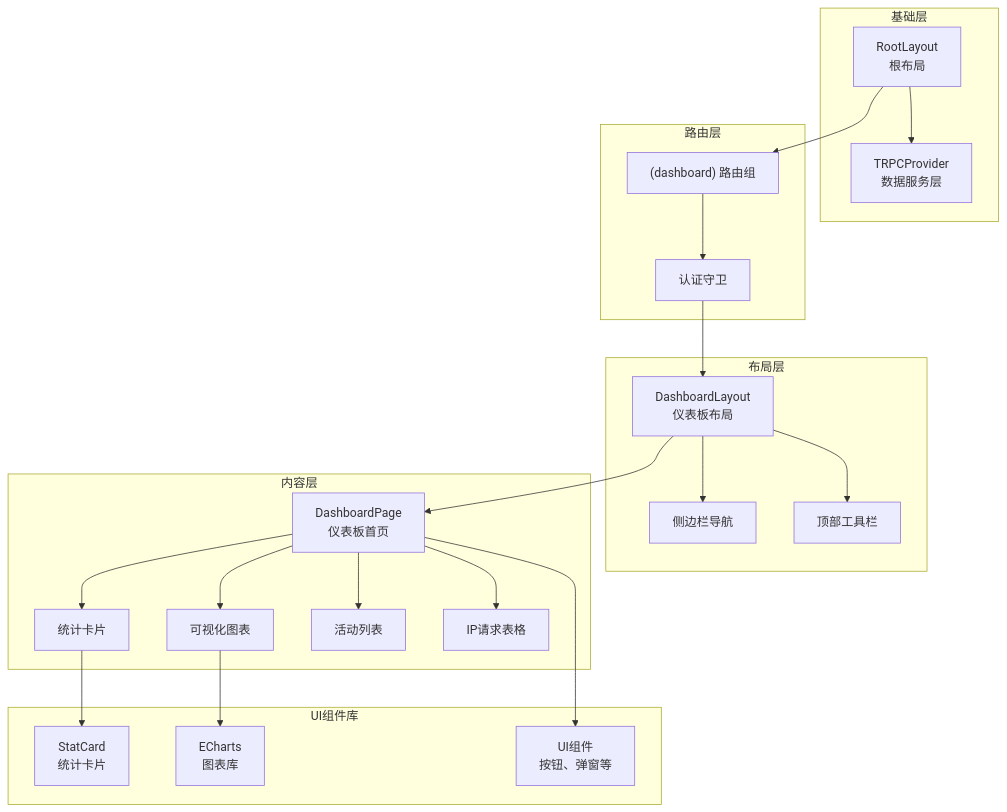
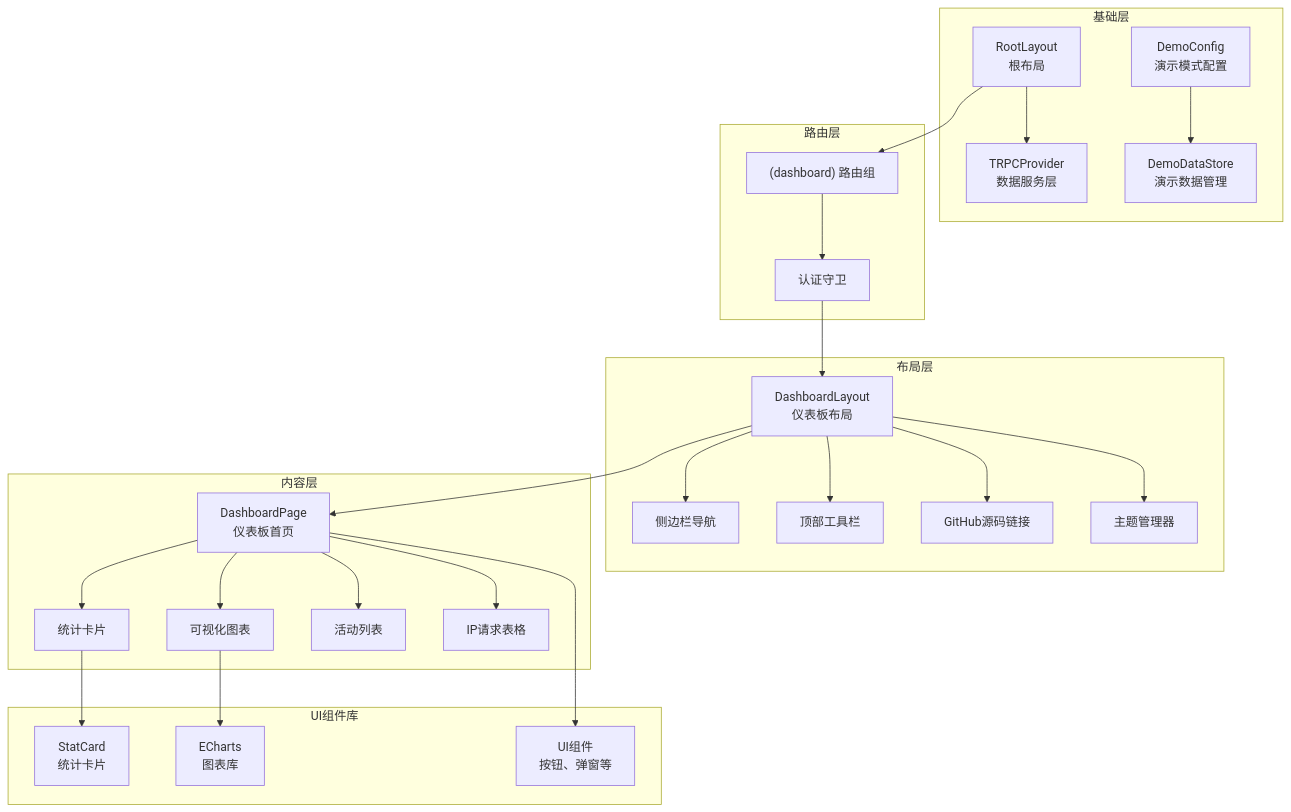
The second of 15 diagrams in .qoder/repowiki/zh/content/前端组件/仪表板布局.md (RadiumAg/AIGate), drawn with Mermaid before and after one commit. The commit also changed other lines of this file and 11 other files, not shown here.

````diff
--- a/.qoder/repowiki/zh/content/前端组件/仪表板布局.md
+++ b/.qoder/repowiki/zh/content/前端组件/仪表板布局.md
@@ -139,42 +169,49 @@
 ```mermaid
 graph TD
 subgraph "基础层"
 RootLayout["RootLayout<br/>根布局"]
 TRPCProvider["TRPCProvider<br/>数据服务层"]
+DemoConfig["DemoConfig<br/>演示模式配置"]
+DemoData["DemoDataStore<br/>演示数据管理"]
 end
 subgraph "路由层"
 DashboardRoute["(dashboard) 路由组"]
 AuthGuard["认证守卫"]
 end
 subgraph "布局层"
 DashboardLayout["DashboardLayout<br/>仪表板布局"]
 Sidebar["侧边栏导航"]
 Header["顶部工具栏"]
+GitHubLink["GitHub源码链接"]
+ThemeManager["主题管理器"]
 end
 subgraph "内容层"
 DashboardPage["DashboardPage<br/>仪表板首页"]
 StatCards["统计卡片"]
 Charts["可视化图表"]
 ActivityFeed["活动列表"]
 IpTable["IP请求表格"]
 end
 subgraph "UI组件库"
 StatCard["StatCard<br/>统计卡片"]
 ECharts["ECharts<br/>图表库"]
 UIComponents["UI组件<br/>按钮、弹窗等"]
 end
 RootLayout --> TRPCProvider
 RootLayout --> DashboardRoute
 DashboardRoute --> AuthGuard
 AuthGuard --> DashboardLayout
 DashboardLayout --> Sidebar
 DashboardLayout --> Header
+DashboardLayout --> GitHubLink
+DashboardLayout --> ThemeManager
 DashboardLayout --> DashboardPage
 DashboardPage --> StatCards
 DashboardPage --> Charts
 DashboardPage --> ActivityFeed
 DashboardPage --> IpTable
 StatCards --> StatCard
 Charts --> ECharts
 DashboardPage --> UIComponents
+DemoConfig --> DemoData
 ```
````
